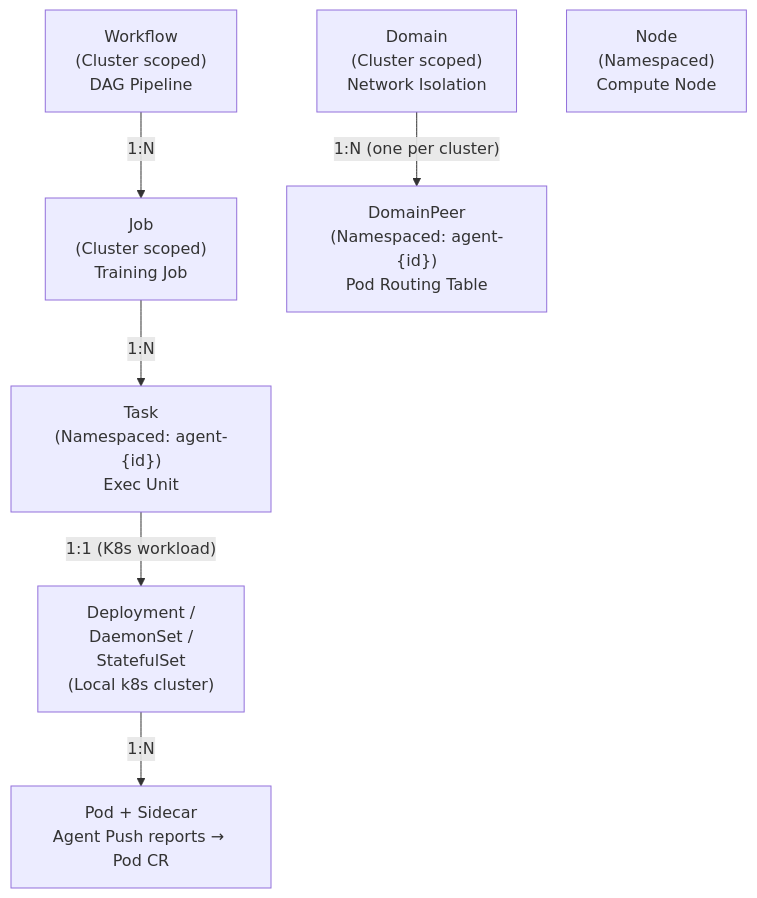
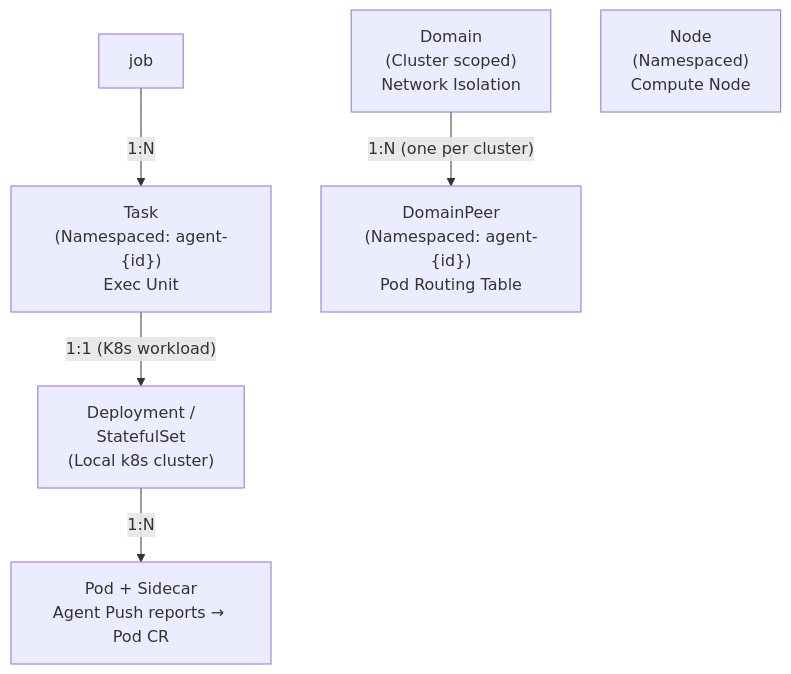
Before and after one commit to lkygithub/rlark-ci-test: the second of 2 diagrams in apps/rlark/docs/concepts.md, drawn with Mermaid. The commit also changed other lines of this file and 827 other files, not shown here.

````diff
--- a/apps/rlark/docs/concepts.md
+++ b/apps/rlark/docs/concepts.md
@@ -411,9 +407,8 @@
 ```mermaid
 graph TD
-    wf["Workflow<br/>(Cluster scoped)<br/>DAG Pipeline"] -->|"1:N"| job["Job<br/>(Cluster scoped)<br/>Training Job"]
     job -->|"1:N"| task["Task<br/>(Namespaced: agent-{id})<br/>Exec Unit"]
-    task -->|"1:1 (K8s workload)"| workload["Deployment /<br/>DaemonSet /<br/>StatefulSet<br/>(Local k8s cluster)"]
+    task -->|"1:1 (K8s workload)"| workload["Deployment /<br/>StatefulSet<br/>(Local k8s cluster)"]
     workload -->|"1:N"| pod["Pod + Sidecar<br/>Agent Push reports → Pod CR"]
     domain["Domain<br/>(Cluster scoped)<br/>Network Isolation"] -->|"1:N (one per cluster)"| dp["DomainPeer<br/>(Namespaced: agent-{id})<br/>Pod Routing Table"]
     node["Node<br/>(Namespaced)<br/>Compute Node"]
 ```
````
